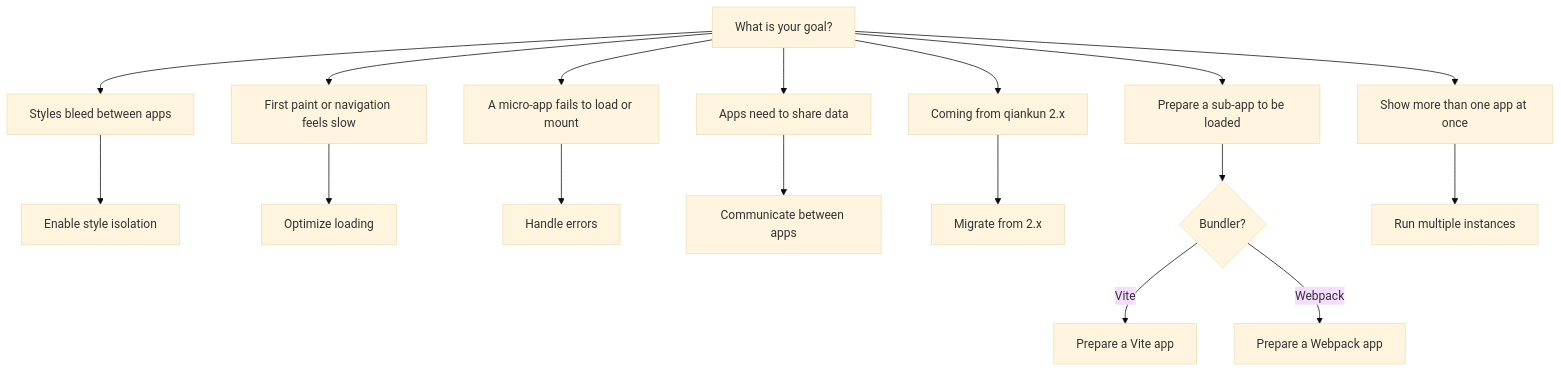
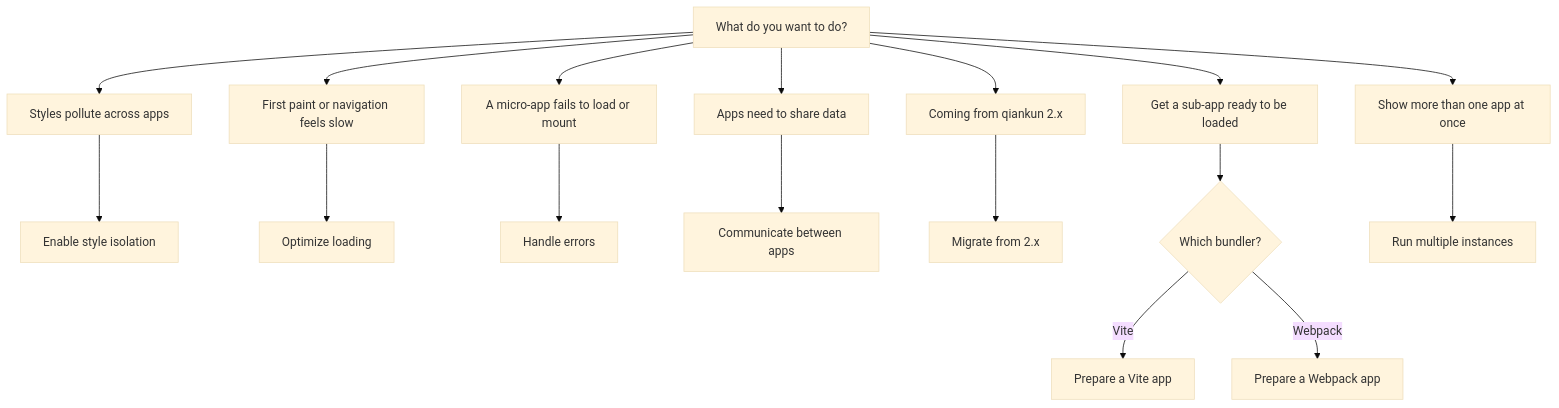
The diagram in docs/cookbook/index.md (umijs/qiankun), drawn with Mermaid (base theme) before and after one commit. The commit also changed other lines of this file and 63 other files, not shown here.

````diff
--- a/docs/cookbook/index.md
+++ b/docs/cookbook/index.md
@@ -29,20 +29,20 @@
 ```mermaid
 flowchart TD
-  A[What is your goal?] --> B[Styles bleed between apps]
+  A[What do you want to do?] --> B[Styles pollute across apps]
   A --> C[First paint or navigation feels slow]
   A --> D[A micro-app fails to load or mount]
   A --> E[Apps need to share data]
   A --> F[Coming from qiankun 2.x]
-  A --> G[Prepare a sub-app to be loaded]
+  A --> G[Get a sub-app ready to be loaded]
   A --> H[Show more than one app at once]
 
   B --> B1[Enable style isolation]
   C --> C1[Optimize loading]
   D --> D1[Handle errors]
   E --> E1[Communicate between apps]
   F --> F1[Migrate from 2.x]
-  G --> G1{Bundler?}
+  G --> G1{Which bundler?}
   G1 -->|Vite| G2[Prepare a Vite app]
   G1 -->|Webpack| G3[Prepare a Webpack app]
   H --> H1[Run multiple instances]
 ```
````
